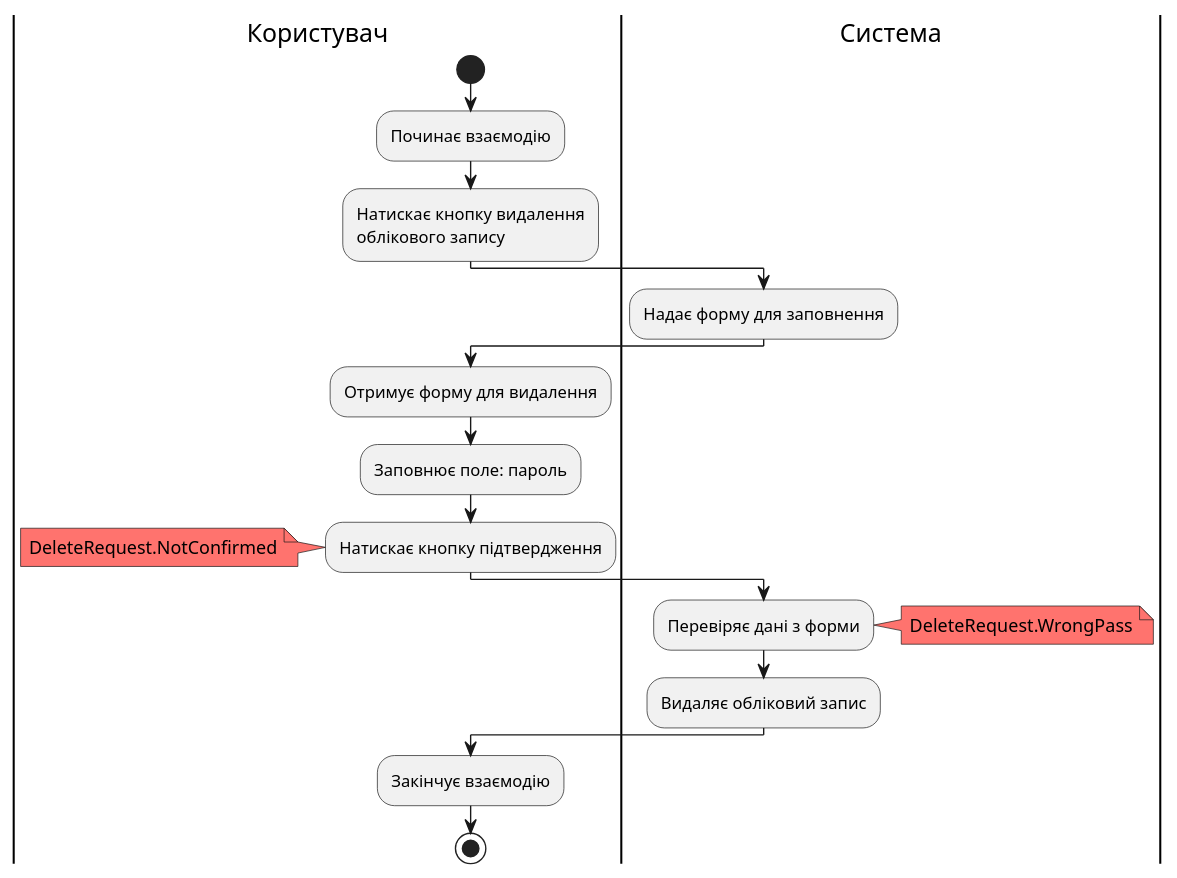
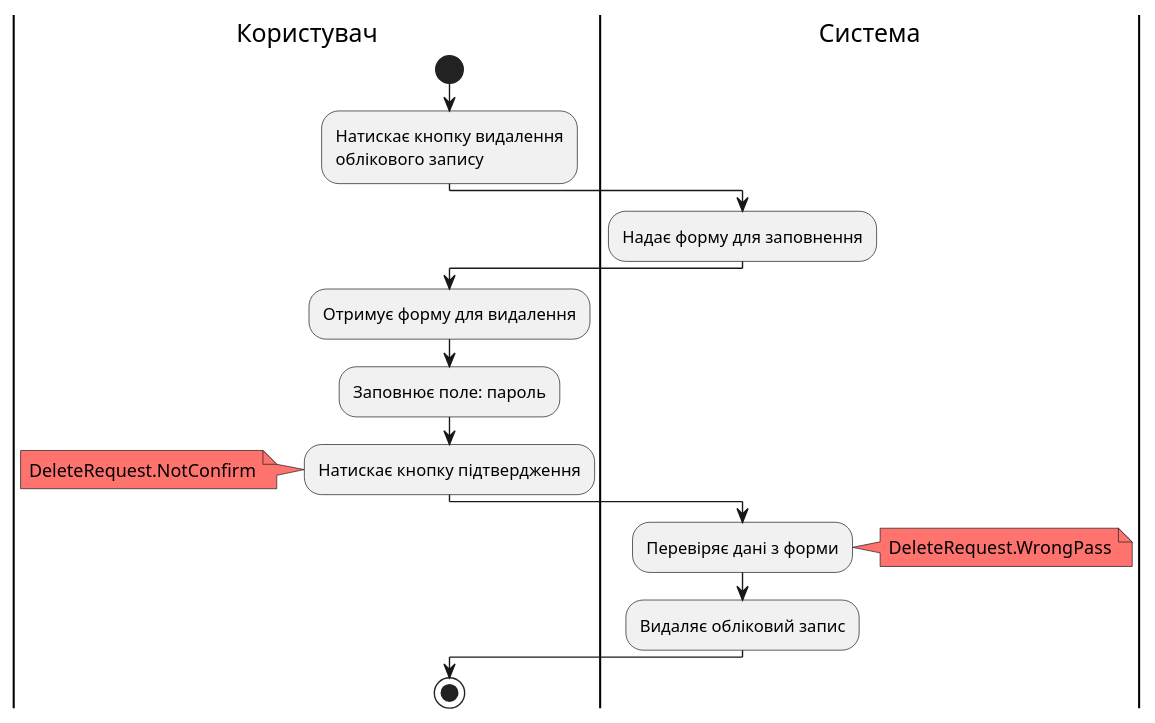
One commit to nonGratis/retarder-io-23-3 changed the ninth of 18 diagrams in docs/use cases/README.md. Above: the diagram before and after it, drawn with PlantUML. The commit also changed other lines of this file, not shown here.

Commit message:
Update UML diagrams for use cases

```diff
--- a/docs/use cases/README.md
+++ b/docs/use cases/README.md
@@ -273,26 +272,24 @@
 @startuml
 |Користувач|
     start
-    :Починає взаємодію;
     :Натискає кнопку видалення\nоблікового запису;
 |Система|
     :Надає форму для заповнення;
 |Користувач|
     :Отримує форму для видалення;
     :Заповнює поле: пароль;
     :Натискає кнопку підтвердження;
         note left #FF736E
-            DeleteRequest.NotConfirmed
+            DeleteRequest.NotConfirm
         end note
 |Система|
     :Перевіряє дані з форми;
         note right #FF736E
             DeleteRequest.WrongPass
         end note
 
     :Видаляє обліковий запис;
 
 |Користувач|
-    :Закінчує взаємодію;
     stop;
 @enduml
```
